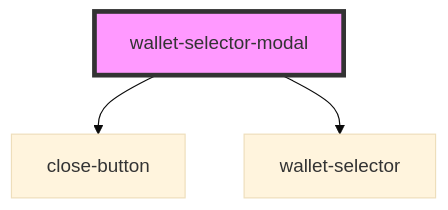
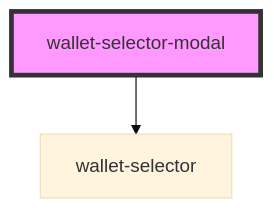
The diagram in packages/selector-ui/src/components/wallet-selector-modal/readme.md (near/wallet-selector), drawn with Mermaid (base theme) before and after one commit. The commit also changed other lines of this file and 5 other files, not shown here.

Commit message:
Switched close-button component to a functional component

````diff
--- a/packages/selector-ui/src/components/wallet-selector-modal/readme.md
+++ b/packages/selector-ui/src/components/wallet-selector-modal/readme.md
@@ -63,6 +62,5 @@
 ```mermaid
 graph TD;
-  wallet-selector-modal --> close-button
   wallet-selector-modal --> wallet-selector
   style wallet-selector-modal fill:#f9f,stroke:#333,stroke-width:4px
 ```
````
